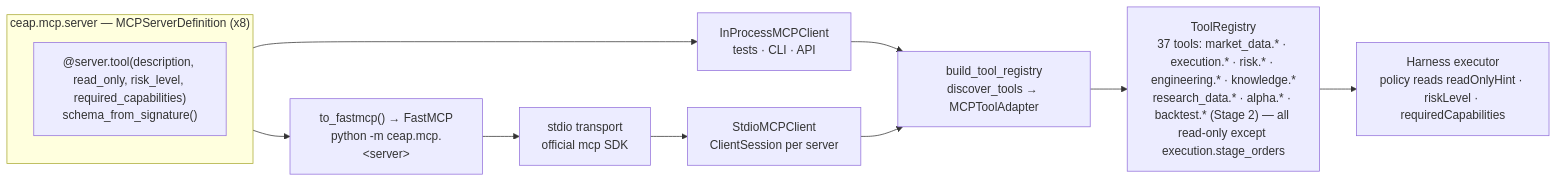
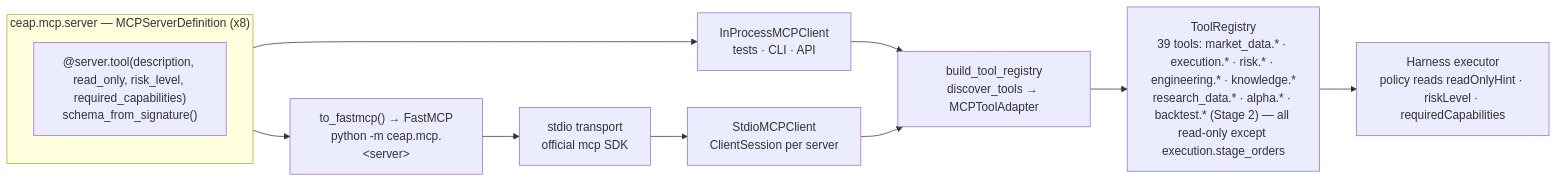
The fifth of 20 diagrams in docs/DIAGRAMS.md (AshJha0/AgenticAICashEquities), drawn with Mermaid before and after one commit. The commit also changed other lines of this file and 9 other files, not shown here.

Commit message:
docs(0.9.0): audit lane A - fix tool counts, state graph, policy order, package graph; add hybrid RAG, judge gate, E1 diagrams

````diff
--- a/docs/DIAGRAMS.md
+++ b/docs/DIAGRAMS.md
@@ -182,13 +186,13 @@
 ```mermaid
 flowchart LR
     subgraph DEF["ceap.mcp.server — MCPServerDefinition (x8)"]
         T["@server.tool(description, read_only, risk_level, required_capabilities)<br/>schema_from_signature()"]
     end
     DEF --> IP["InProcessMCPClient<br/>tests · CLI · API"]
     DEF --> FM["to_fastmcp() → FastMCP<br/>python -m ceap.mcp.&lt;server&gt;"]
     FM --> STDIO["stdio transport<br/>official mcp SDK"]
     STDIO --> SC["StdioMCPClient<br/>ClientSession per server"]
     IP & SC --> DISC["build_tool_registry<br/>discover_tools → MCPToolAdapter"]
-    DISC --> REG["ToolRegistry<br/>37 tools: market_data.* · execution.* · risk.* · engineering.* · knowledge.*<br/>research_data.* · alpha.* · backtest.* (Stage 2) — all read-only except execution.stage_orders"]
+    DISC --> REG["ToolRegistry<br/>39 tools: market_data.* · execution.* · risk.* · engineering.* · knowledge.*<br/>research_data.* · alpha.* · backtest.* (Stage 2) — all read-only except execution.stage_orders"]
     REG --> HARN["Harness executor<br/>policy reads readOnlyHint · riskLevel · requiredCapabilities"]
 ```
````
